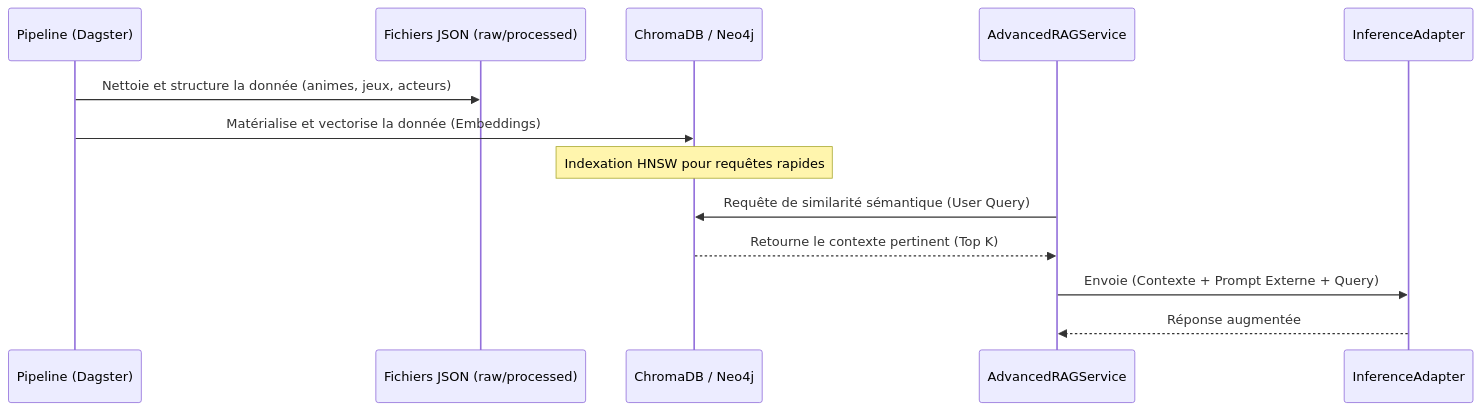
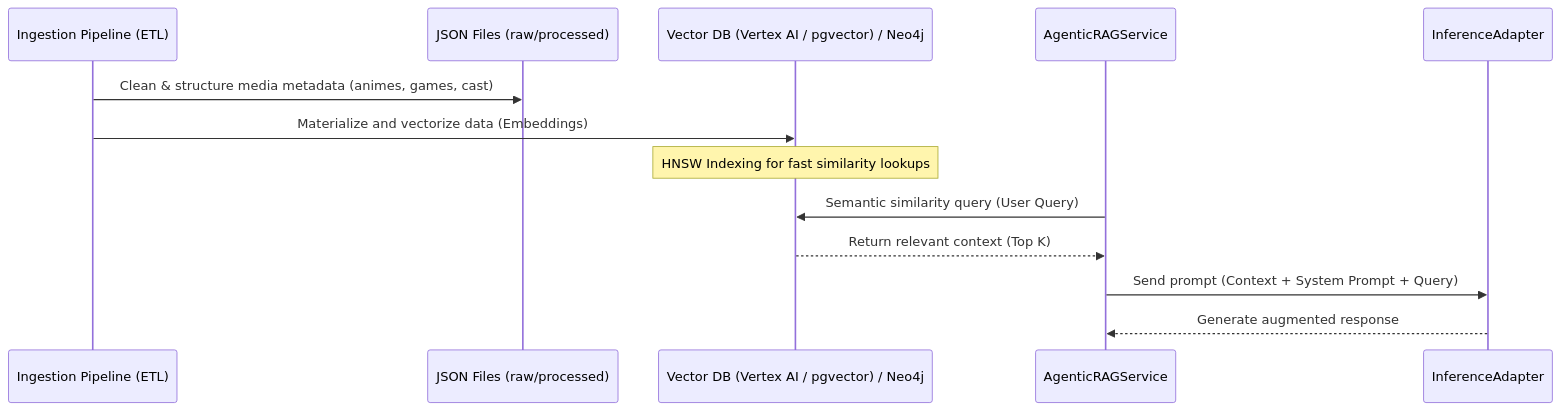
The fourth of 5 diagrams in docs/DIAGRAMMES.md (MissawB/Animetix), drawn with Mermaid before and after one commit. The commit also changed other lines of this file and 29 other files, not shown here.

````diff
--- a/docs/DIAGRAMMES.md
+++ b/docs/DIAGRAMMES.md
@@ -140,18 +138,18 @@
 ```mermaid
 sequenceDiagram
-    participant Dagster as Pipeline (Dagster)
-    participant Json as Fichiers JSON (raw/processed)
-    participant Db as ChromaDB / Neo4j
-    participant RAG as AdvancedRAGService
+    participant Pipeline as Ingestion Pipeline (ETL)
+    participant Json as JSON Files (raw/processed)
+    participant Db as Vector DB (Vertex AI / pgvector) / Neo4j
+    participant RAG as AgenticRAGService
     participant LLM as InferenceAdapter
 
-    Dagster->>Json: Nettoie et structure la donnée (animes, jeux, acteurs)
-    Dagster->>Db: Matérialise et vectorise la donnée (Embeddings)
-    Note over Db: Indexation HNSW pour requêtes rapides
+    Pipeline->>Json: Clean & structure media metadata (animes, games, cast)
+    Pipeline->>Db: Materialize and vectorize data (Embeddings)
+    Note over Db: HNSW Indexing for fast similarity lookups
     
-    RAG->>Db: Requête de similarité sémantique (User Query)
-    Db-->>RAG: Retourne le contexte pertinent (Top K)
+    RAG->>Db: Semantic similarity query (User Query)
+    Db-->>RAG: Return relevant context (Top K)
     
-    RAG->>LLM: Envoie (Contexte + Prompt Externe + Query)
-    LLM-->>RAG: Réponse augmentée
+    RAG->>LLM: Send prompt (Context + System Prompt + Query)
+    LLM-->>RAG: Generate augmented response
 ```
````
